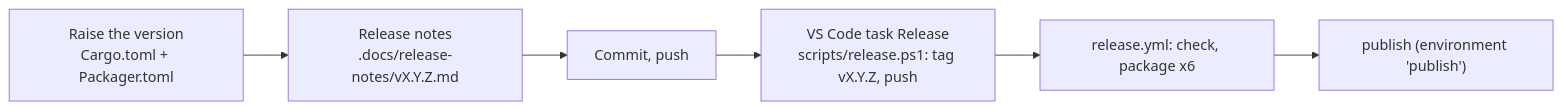
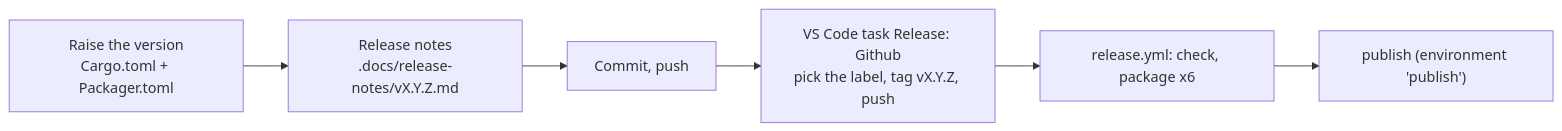
The diagram in .docs/releasing.md (Albadit/DnnManager), drawn with Mermaid before and after one commit. The commit also changed other lines of this file and 5 other files, not shown here.

````diff
--- a/.docs/releasing.md
+++ b/.docs/releasing.md
@@ -5,8 +5,8 @@
 ```mermaid
 flowchart LR
     A["Raise the version<br/>Cargo.toml + Packager.toml"] --> B["Release notes<br/>.docs/release-notes/vX.Y.Z.md"]
     B --> C["Commit, push"]
-    C --> D["VS Code task Release<br/>scripts/release.ps1: tag vX.Y.Z, push"]
+    C --> D["VS Code task Release: Github<br/>pick the label, tag vX.Y.Z, push"]
     D --> E["release.yml: check, package x6"]
     E --> F["publish (environment 'publish')"]
 ```
````
